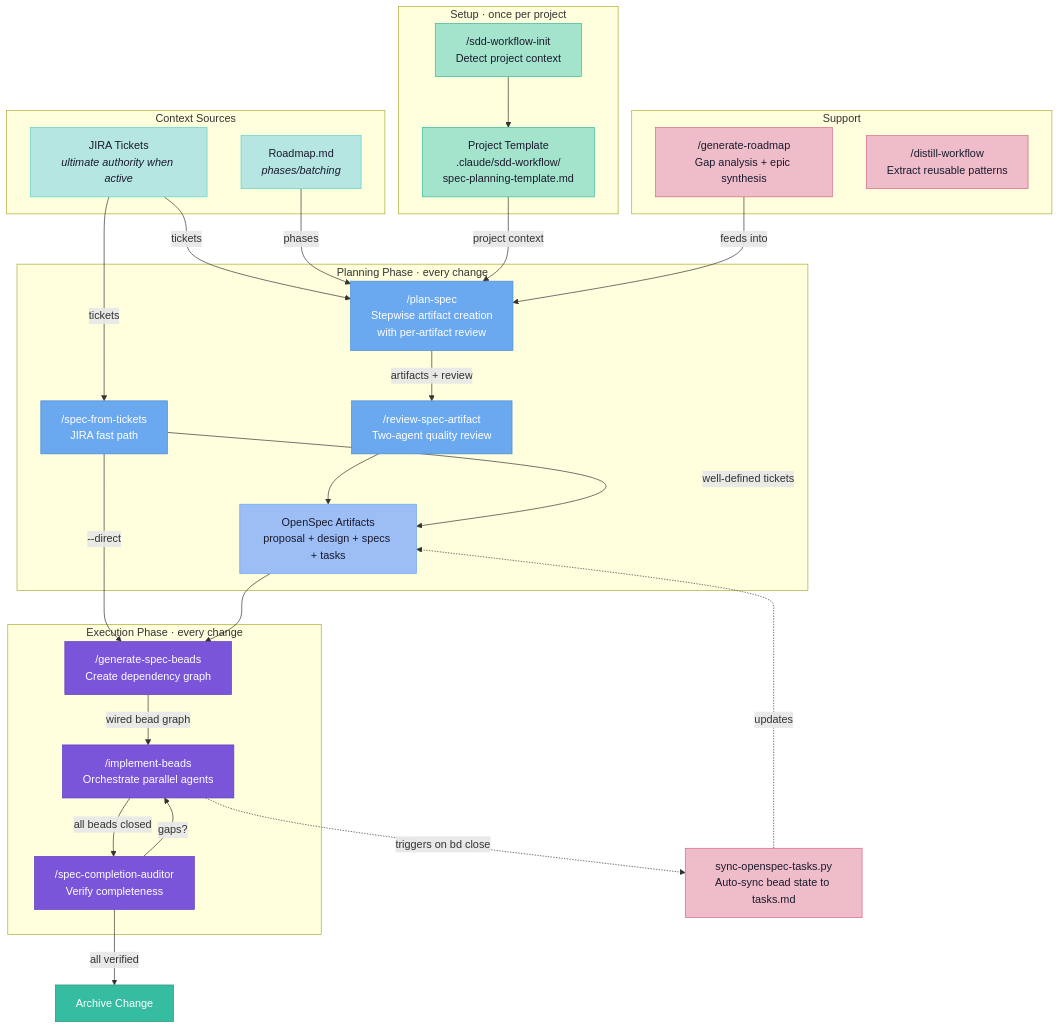
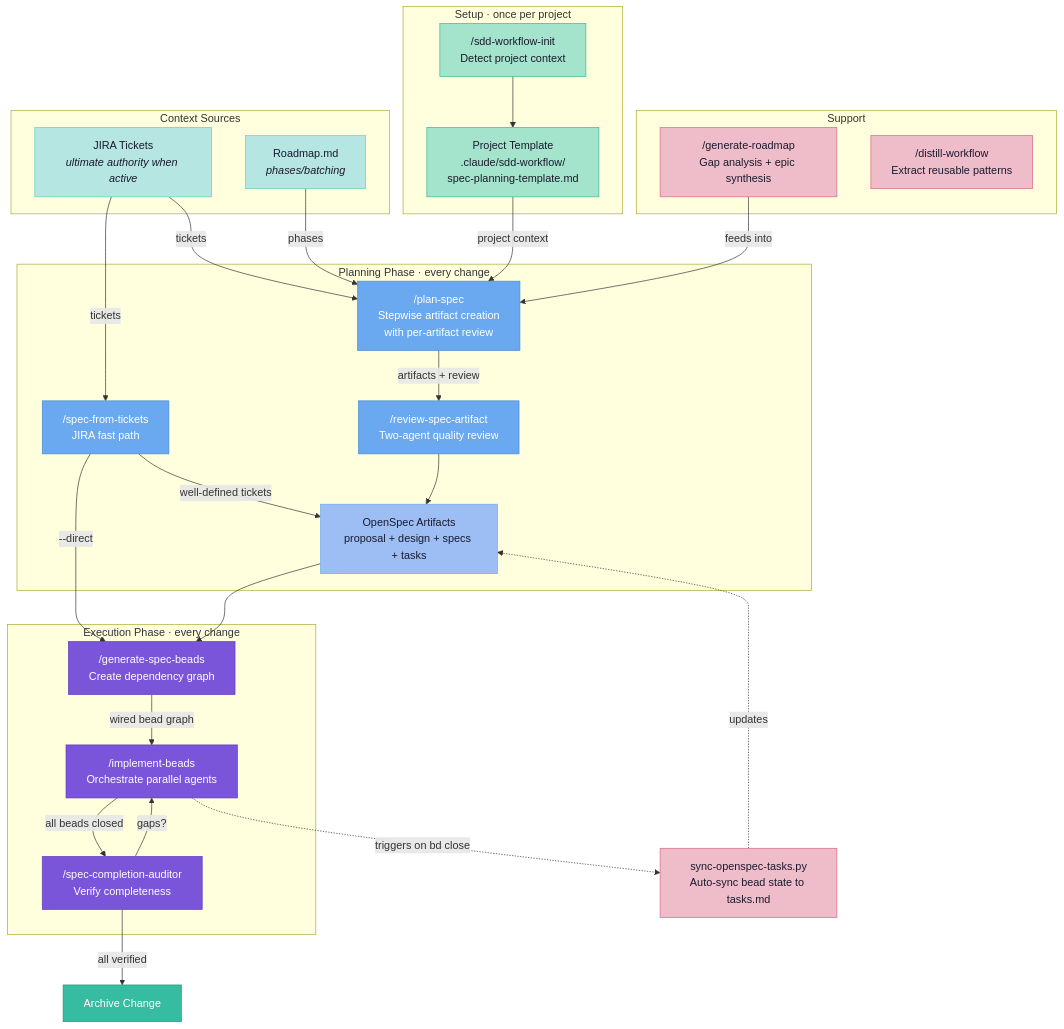
One commit to Sand2Silicon/sand2silicon-agentic-skills changed the first of 5 diagrams in plugins/sdd-workflow/README.md. Above: the diagram before and after it, drawn with Mermaid. The commit also changed other lines of this file, not shown here.

Commit message:
minor  fix to mermaid graph

````diff
--- a/plugins/sdd-workflow/README.md
+++ b/plugins/sdd-workflow/README.md
@@ -49,59 +49,59 @@
 ```mermaid
 flowchart TD
     classDef context fill:#b5e6e2,stroke:#5ecfc5,color:#1a1a2e
     classDef setup fill:#a5e4cc,stroke:#32b898,color:#1a1a2e
     classDef planning fill:#6aa8f0,stroke:#4a8bd4,color:#fff
     classDef artifact fill:#9cbef5,stroke:#6aa8f0,color:#1a1a2e
     classDef execution fill:#7a54d9,stroke:#5e3dbf,color:#fff
     classDef support fill:#efbdca,stroke:#d96585,color:#1a1a2e
     classDef success fill:#36bca0,stroke:#289478,color:#fff
 
     subgraph CTX [" Context Sources "]
         JIRA["JIRA Tickets<br/><i>ultimate authority when active</i>"]:::context
         RM["Roadmap.md<br/><i>phases/batching</i>"]:::context
     end
 
     subgraph SET [" Setup · once per project "]
         INIT["/sdd-workflow-init<br/>Detect project context"]:::setup
         PTPL["Project Template<br/>.claude/sdd-workflow/<br/>spec-planning-template.md"]:::setup
     end
 
     subgraph PLN [" Planning Phase · every change "]
         PS["/plan-spec<br/>Stepwise artifact creation<br/>with per-artifact review"]:::planning
-        SFT["/spec-from-tickets<br/>JIRA fast path"]:::planning
         RSA["/review-spec-artifact<br/>Two-agent quality review"]:::planning
         OS["OpenSpec Artifacts<br/>proposal + design + specs + tasks"]:::artifact
+        SFT["/spec-from-tickets<br/>JIRA fast path"]:::planning
     end
 
     subgraph EXE [" Execution Phase · every change "]
         GSB["/generate-spec-beads<br/>Create dependency graph"]:::execution
         IB["/implement-beads<br/>Orchestrate parallel agents"]:::execution
         SCA["/spec-completion-auditor<br/>Verify completeness"]:::execution
     end
 
     subgraph SUP [" Support "]
         GR["/generate-roadmap<br/>Gap analysis + epic synthesis"]:::support
         DW["/distill-workflow<br/>Extract reusable patterns"]:::support
     end
 
     SYNC["sync-openspec-tasks.py<br/>Auto-sync bead state to tasks.md"]:::support
 
     INIT --> PTPL
     JIRA -->|"tickets"| PS
     JIRA -->|"tickets"| SFT
     RM -->|"phases"| PS
     PTPL -->|"project context"| PS
+    SFT -->|"well-defined tickets"| OS
+    SFT -->|"--direct"| GSB
     PS -->|"artifacts + review"| RSA
     RSA --> OS
-    SFT -->|"well-defined tickets"| OS
-    SFT -->|"--direct"| GSB
     OS --> GSB
     GSB -->|"wired bead graph"| IB
     IB -->|"all beads closed"| SCA
     SCA -->|"gaps?"| IB
     SCA -->|"all verified"| ARCHIVE["Archive Change"]:::success
 
     GR -->|"feeds into"| PS
     IB -.->|"triggers on bd close"| SYNC
     SYNC -.->|"updates"| OS
 ```
````
